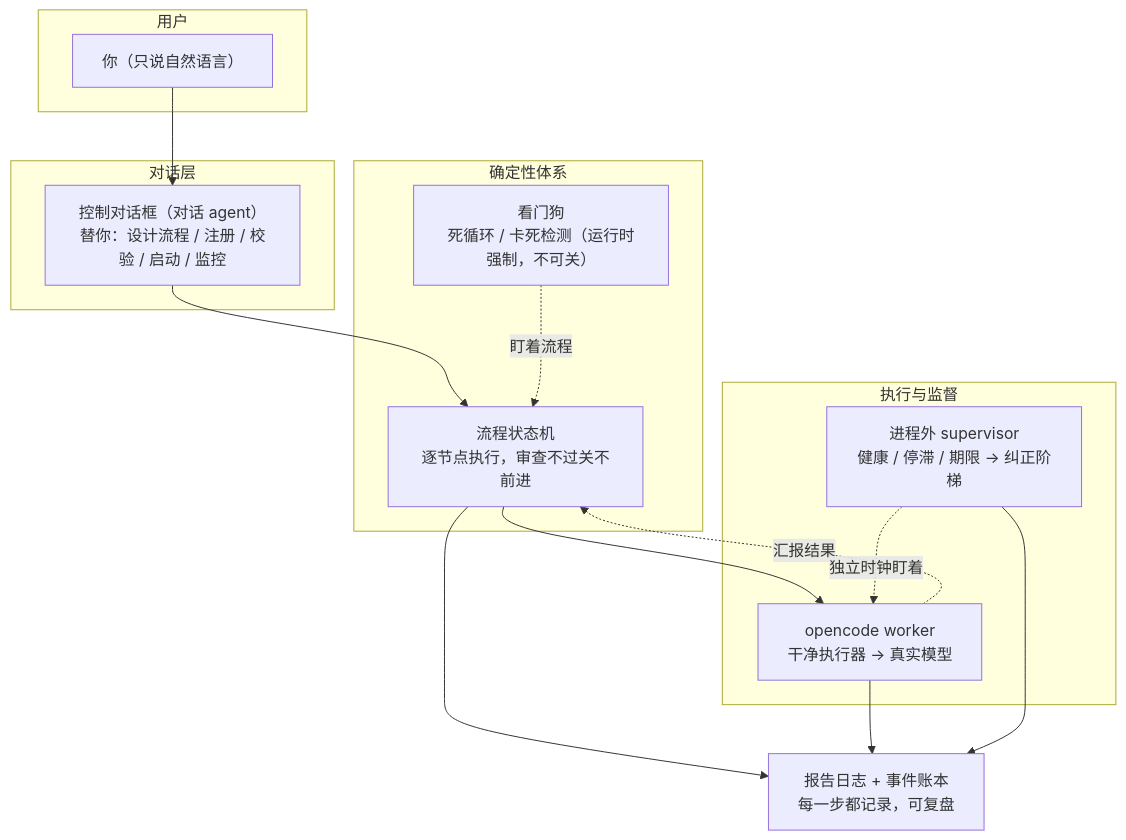
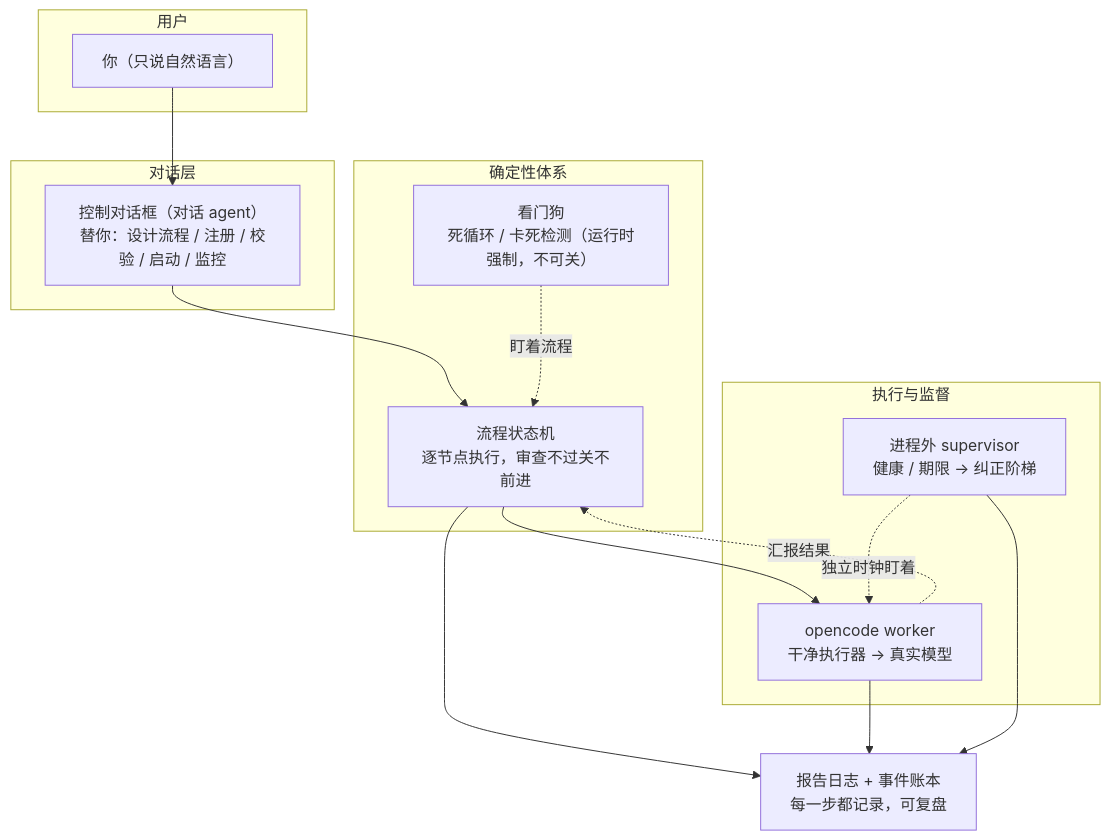
Before and after one commit to haberzero/regime-driver: the diagram in docs/index.md, drawn with Mermaid. The commit also changed other lines of this file and 46 other files, not shown here.

````diff
--- a/docs/index.md
+++ b/docs/index.md
@@ -46,27 +46,27 @@
 ```mermaid
 flowchart TB
     subgraph 用户
         U["你（只说自然语言）"]
     end
     subgraph 对话层
         GD["控制对话框（对话 agent）<br/>替你：设计流程 / 注册 / 校验 / 启动 / 监控"]
     end
     subgraph 确定性体系
         SM["流程状态机<br/>逐节点执行，审查不过关不前进"]
         CON["看门狗<br/>死循环 / 卡死检测（运行时强制，不可关）"]
     end
     subgraph 执行与监督
         W["opencode worker<br/>干净执行器 → 真实模型"]
-        SUP["进程外 supervisor<br/>健康 / 停滞 / 期限 → 纠正阶梯"]
+        SUP["进程外 supervisor<br/>健康 / 期限 → 纠正阶梯"]
     end
     R["报告日志 + 事件账本<br/>每一步都记录，可复盘"]
 
     U --> GD --> SM
     SM --> W
     CON -. 盯着流程 .-> SM
     W -. 汇报结果 .-> SM
     SUP -. 独立时钟盯着 .-> W
     SM --> R
     W --> R
     SUP --> R
 ```
````
